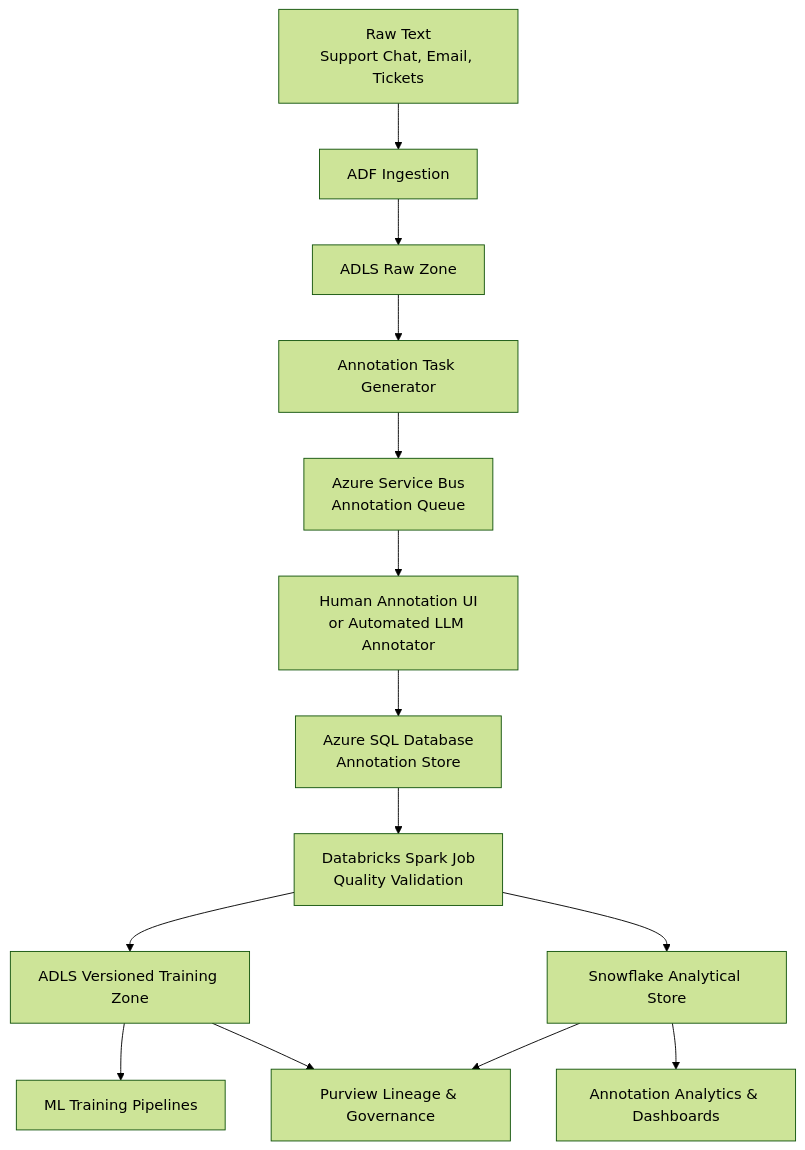
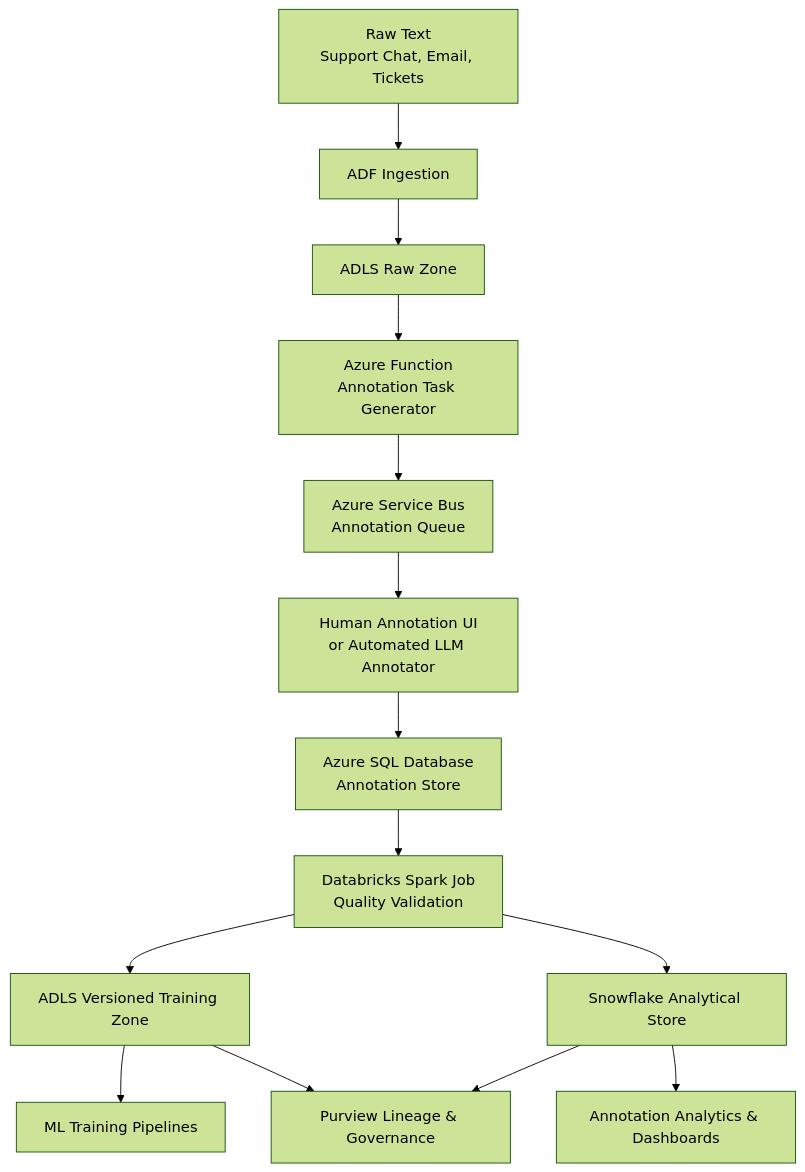
One commit to Vasanthadwara/Text-Annotation-Pipeline changed the diagram in design_document.md. Above: the diagram before and after it, drawn with Mermaid (forest theme). The commit also changed other lines of this file, not shown here.

````diff
--- a/design_document.md
+++ b/design_document.md
@@ -45,22 +45,23 @@
 ```mermaid
 flowchart TD
     A[Raw Text<br/>Support Chat, Email, Tickets] --> B[ADF Ingestion]
     B --> C[ADLS Raw Zone]
 
-    C --> D[Annotation Task Generator]
+    C --> D[Azure Function<br/>Annotation Task Generator]
     D --> E[Azure Service Bus<br/>Annotation Queue]
 
     E --> F[Human Annotation UI<br/>or Automated LLM Annotator]
     F --> G[Azure SQL Database<br/>Annotation Store]
 
     G --> H[Databricks Spark Job<br/>Quality Validation]
 
     H --> I[ADLS Versioned Training Zone]
     H --> J[Snowflake Analytical Store]
 
     I --> K[ML Training Pipelines]
     J --> L[Annotation Analytics & Dashboards]
 
     I --> M[Purview Lineage & Governance]
     J --> M
+
 ```
````
